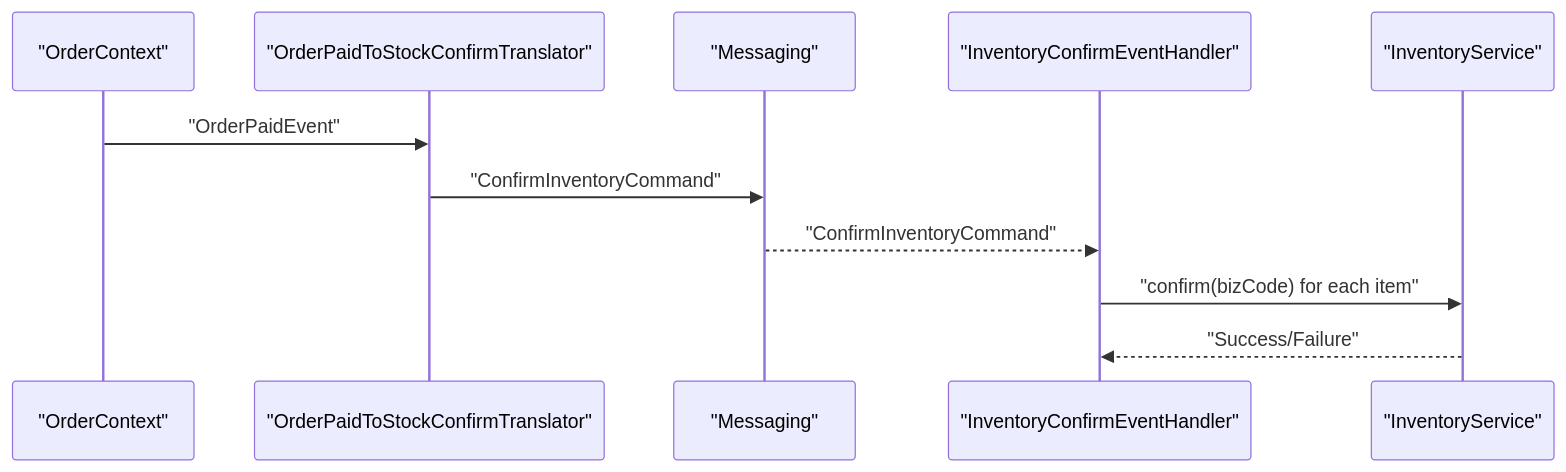
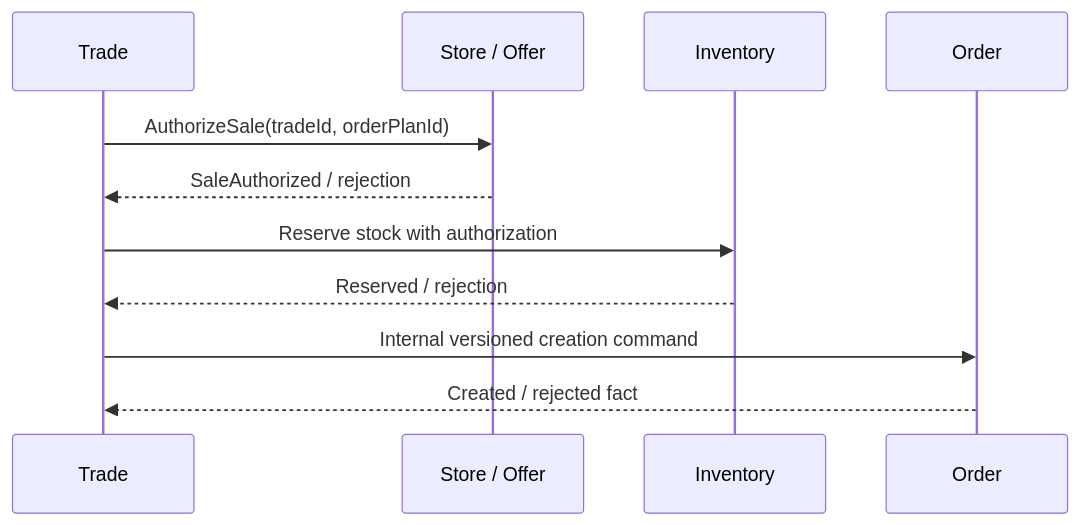
The diagram in .qoder/repowiki/en/content/Order Management Module/Stock Integration & Reservation.md (ddd-mall/j-store), drawn with Mermaid before and after one commit. The commit also changed other lines of this file and 15 other files, not shown here.

````diff
--- a/.qoder/repowiki/en/content/Order Management Module/Stock Integration & Reservation.md
+++ b/.qoder/repowiki/en/content/Order Management Module/Stock Integration & Reservation.md
@@ -342,13 +11,13 @@
 ```mermaid
 sequenceDiagram
-participant Order as "OrderContext"
-participant TPay as "OrderPaidToStockConfirmTranslator"
-participant Broker as "Messaging"
-participant GConfirm as "InventoryConfirmEventHandler"
-participant Svc as "InventoryService"
-Order->>TPay : "OrderPaidEvent"
-TPay->>Broker : "ConfirmInventoryCommand"
-Broker-->>GConfirm : "ConfirmInventoryCommand"
-GConfirm->>Svc : "confirm(bizCode) for each item"
-Svc-->>GConfirm : "Success/Failure"
+  participant T as Trade
+  participant S as Store / Offer
+  participant I as Inventory
+  participant O as Order
+  T->>S: AuthorizeSale(tradeId, orderPlanId)
+  S-->>T: SaleAuthorized / rejection
+  T->>I: Reserve stock with authorization
+  I-->>T: Reserved / rejection
+  T->>O: Internal versioned creation command
+  O-->>T: Created / rejected fact
 ```
````
